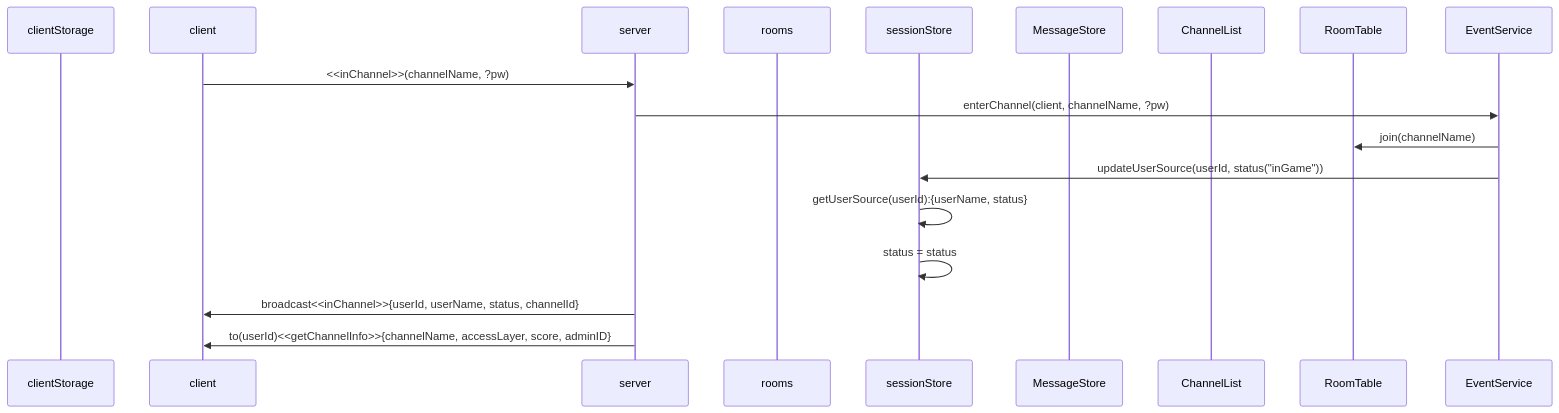
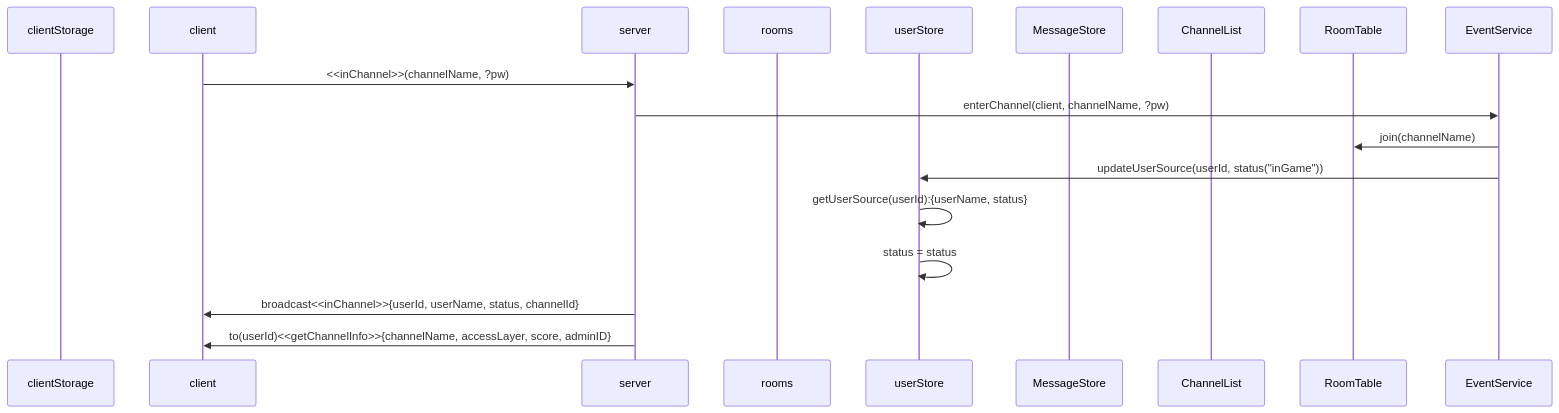
One commit to mtak0235/simmons_transcendence changed the fourth of 19 diagrams in backend/node/app/event.md. Above: the diagram before and after it, drawn with Mermaid. The commit also changed other lines of this file, not shown here.

````diff
--- a/backend/node/app/event.md
+++ b/backend/node/app/event.md
@@ -93,21 +93,21 @@
 ```mermaid
 sequenceDiagram
 participant cls as clientStorage
 participant c as client
 participant ga as server
 participant r as rooms
-participant ss as sessionStore
+participant ss as userStore
 participant ms as MessageStore
 participant cns as ChannelList
 participant rt as RoomTable
 participant cs as EventService
 
 c->>ga: <<inChannel>>(channelName, ?pw)
 ga->>cs: enterChannel(client, channelName, ?pw)
 cs->>rt: join(channelName)
 cs->>ss: updateUserSource(userId, status("inGame"))
 ss->>ss: getUserSource(userId):{userName, status}
 ss->>ss: status = status
 ga->>c: broadcast<<inChannel>>{userId, userName, status, channelId}
 ga->>c: to(userId)<<getChannelInfo>>{channelName,  accessLayer, score, adminID}
 ```
````
